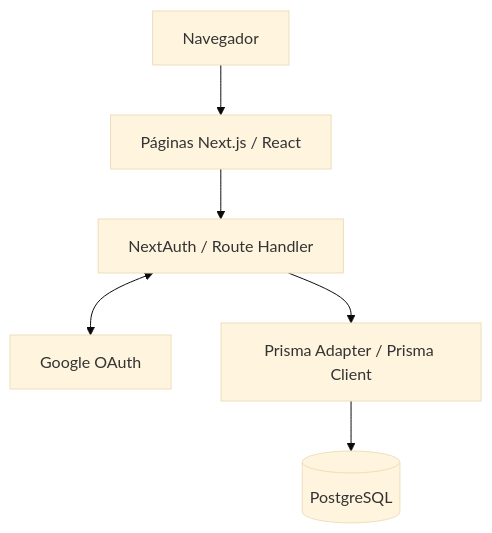
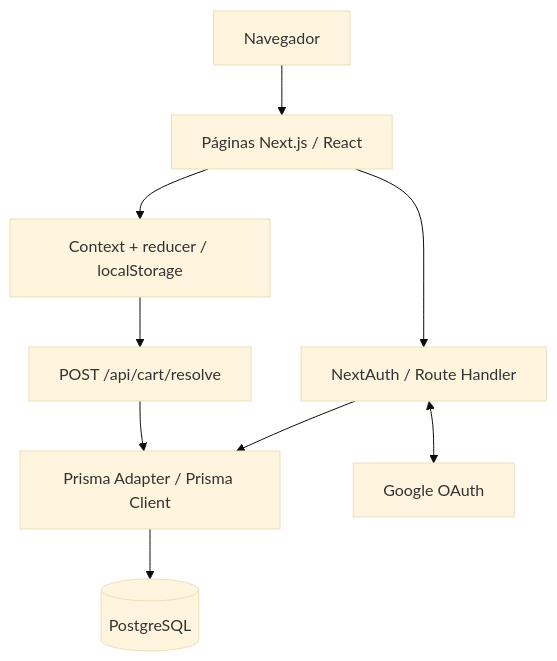
One commit to juniormps/sobe-o-som changed the diagram in README.md. Above: the diagram before and after it, drawn with Mermaid (base theme). The commit also changed other lines of this file and 21 other files, not shown here.

````diff
--- a/README.md
+++ b/README.md
@@ -211,8 +223,11 @@
 ```mermaid
 flowchart TD
-    Browser["Navegador"] --> Pages["Páginas Next.js / React"]
+Browser["Navegador"] --> Pages["Páginas Next.js / React"]
+    Pages --> Cart["Context + reducer / localStorage"]
+    Cart --> CartResolve["POST /api/cart/resolve"]
+    CartResolve --> Prisma
     Pages --> Auth["NextAuth / Route Handler"]
     Auth <--> Google["Google OAuth"]
     Auth --> Prisma["Prisma Adapter / Prisma Client"]
     Prisma --> Database[(PostgreSQL)]
 ```
````
